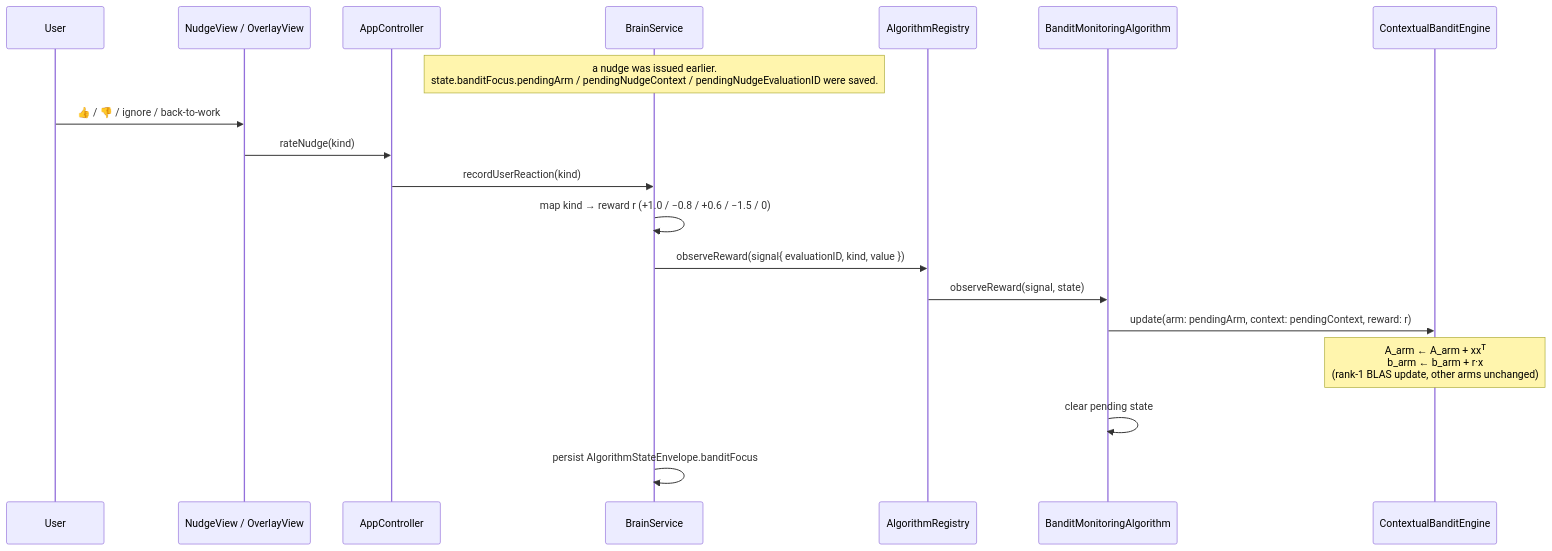
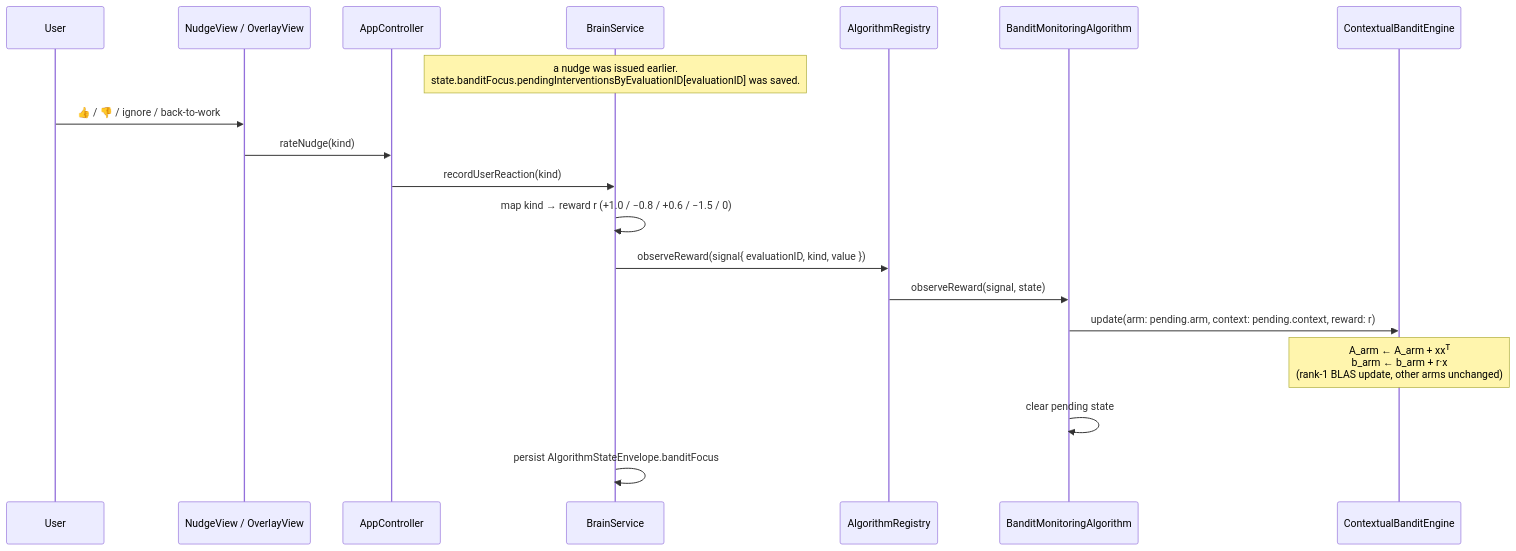
The sixth of 6 diagrams in docs/system-overview.md (strjonas/AccountyCat), drawn with Mermaid before and after one commit. The commit also changed other lines of this file and 38 other files, not shown here.

````diff
--- a/docs/system-overview.md
+++ b/docs/system-overview.md
@@ -299,22 +299,22 @@
 ```mermaid
 sequenceDiagram
     participant User
     participant UI as NudgeView / OverlayView
     participant AC as AppController
     participant BS as BrainService
     participant Reg as AlgorithmRegistry
     participant Band as BanditMonitoringAlgorithm
     participant Eng as ContextualBanditEngine
 
-    Note over BS: a nudge was issued earlier.<br/>state.banditFocus.pendingArm / pendingNudgeContext / pendingNudgeEvaluationID were saved.
+    Note over BS: a nudge was issued earlier.<br/>state.banditFocus.pendingInterventionsByEvaluationID[evaluationID] was saved.
     User->>UI: 👍 / 👎 / ignore / back-to-work
     UI->>AC: rateNudge(kind)
     AC->>BS: recordUserReaction(kind)
     BS->>BS: map kind → reward r (+1.0 / −0.8 / +0.6 / −1.5 / 0)
     BS->>Reg: observeReward(signal{ evaluationID, kind, value })
     Reg->>Band: observeReward(signal, state)
-    Band->>Eng: update(arm: pendingArm, context: pendingContext, reward: r)
+    Band->>Eng: update(arm: pending.arm, context: pending.context, reward: r)
     Note over Eng: A_arm ← A_arm + xxᵀ<br/>b_arm ← b_arm + r·x<br/>(rank-1 BLAS update, other arms unchanged)
     Band->>Band: clear pending state
     BS->>BS: persist AlgorithmStateEnvelope.banditFocus
 ```
````
